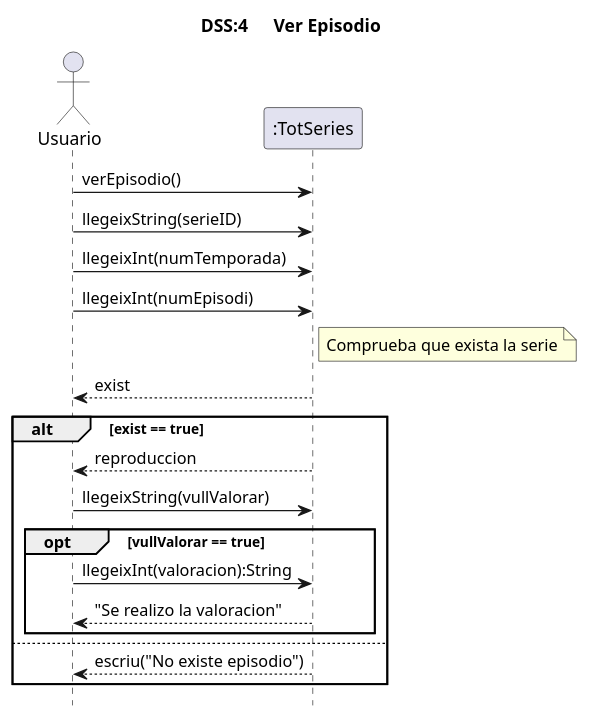
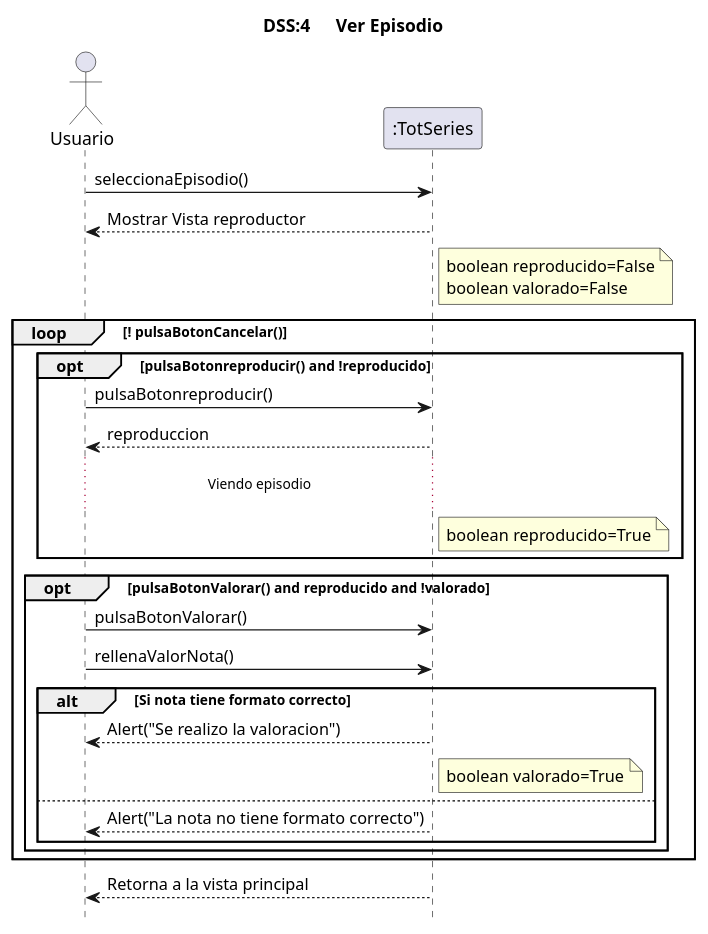
Before and after one commit to MrViciao/TotSeries: the diagram in src/totseries/Uml/Sistema/Diagrama de Sistema UC4.puml, drawn with PlantUML. The commit also changed 4 other files, not shown here.

Commit message:
Diagramas de Sistema

```diff
--- a/src/totseries/Uml/Sistema/Diagrama de Sistema UC4.puml
+++ b/src/totseries/Uml/Sistema/Diagrama de Sistema UC4.puml
@@ -1,33 +1,39 @@
 @startuml
 title	DSS:4	Ver Episodio
-'	ocultar	el	foot	si	son	curts,	sino	deixar-ho
-'	la	comanda	es	la	seguent
 hide	footbox
-'definicio	d'actors
 actor	Usuario	as	user
 participant ":TotSeries" as TotSeries
 
 
-user	->	TotSeries:verEpisodio()
-'TotSeries -> user :escriu("Seleccione Serie")
-user -> TotSeries:llegeixString(serieID)
-'TotSeries -> user :escriu("Seleccione Temporada")
-user -> TotSeries :llegeixInt(numTemporada)
-'TotSeries -> user :escriu("Seleccione Episodio")
-user -> TotSeries :llegeixInt(numEpisodi)
+user	->	TotSeries:seleccionaEpisodio()
+TotSeries --> user: Mostrar Vista reproductor
+
 note right TotSeries
-    Comprueba que exista la serie
+    boolean reproducido=False
+    boolean valorado=False
 end note
-TotSeries --> user :exist
-alt exist == true
-    TotSeries --> user :reproduccion
-    'TotSeries -> user :escriu("desea valorar?")
-    user -> TotSeries :llegeixString(vullValorar)
-    opt vullValorar == true
-        user -> TotSeries: llegeixInt(valoracion):String
-        TotSeries --> user: "Se realizo la valoracion"
-    end
-else
-    TotSeries --> user :escriu("No existe episodio")
-end alt
+loop ! pulsaBotonCancelar()
+    opt pulsaBotonreproducir() and !reproducido
+        user -> TotSeries: pulsaBotonreproducir()
+        TotSeries --> user :reproduccion
+            ... Viendo episodio ...
+        note right TotSeries
+            boolean reproducido=True
+        end note
+    end opt
+    
+    opt pulsaBotonValorar() and reproducido and !valorado
+        user -> TotSeries: pulsaBotonValorar()
+        user -> TotSeries: rellenaValorNota()
+            alt Si nota tiene formato correcto
+            TotSeries --> user: Alert("Se realizo la valoracion")
+            note right TotSeries
+                boolean valorado=True
+            end note
+            else
+                TotSeries --> user: Alert("La nota no tiene formato correcto")
+            end opt
+    end opt             
+end loop
+TotSeries --> user: Retorna a la vista principal
 @enduml
```
